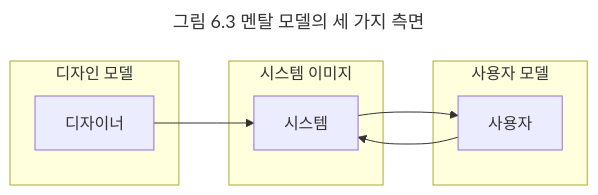
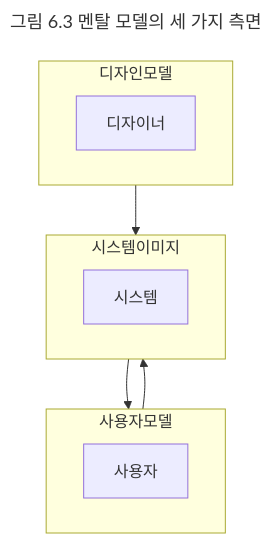
The diagram in 독서/7. 객체지향의 사실과 오해/06. 객체 지도/06-04. 안정적인 재료 구조 - 1.md (kimregular/DAILY_STUDY), drawn with Mermaid before and after one commit. The commit also changed 1 other file, not shown here.

Commit message:
obsidian backup: 2024-12-29 07:49:23

````diff
--- a/독서/7. 객체지향의 사실과 오해/06. 객체 지도/06-04. 안정적인 재료 구조 - 1.md
+++ b/독서/7. 객체지향의 사실과 오해/06. 객체 지도/06-04. 안정적인 재료 구조 - 1.md
@@ -16,20 +16,20 @@
 ```mermaid
 --- 
 title : 그림 6.3 멘탈 모델의 세 가지 측면 
 --- 
 
-flowchart LR 
-	subgraph "디자인 모델"
+flowchart TB 
+	subgraph 디자인모델
 		디자이너 
 	end 
-	subgraph "사용자 모델"
+	subgraph 사용자모델
 		사용자 
 	end 
-	subgraph "시스템 이미지"
+	subgraph 시스템이미지
 		시스템 
 	end 
 
-	디자이너 --> 시스템
-	사용자 --> 시스템
-	시스템 --> 사용자
+	디자인모델 --> 시스템이미지
+	사용자모델 --> 시스템이미지
+	시스템이미지 --> 사용자모델
 ```
````
